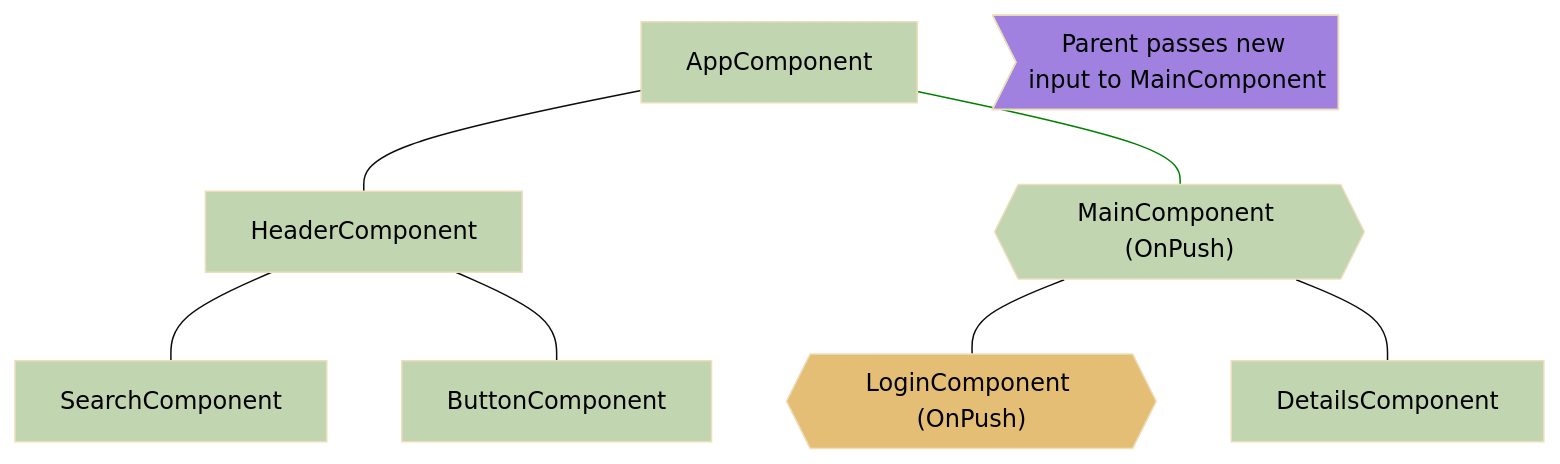
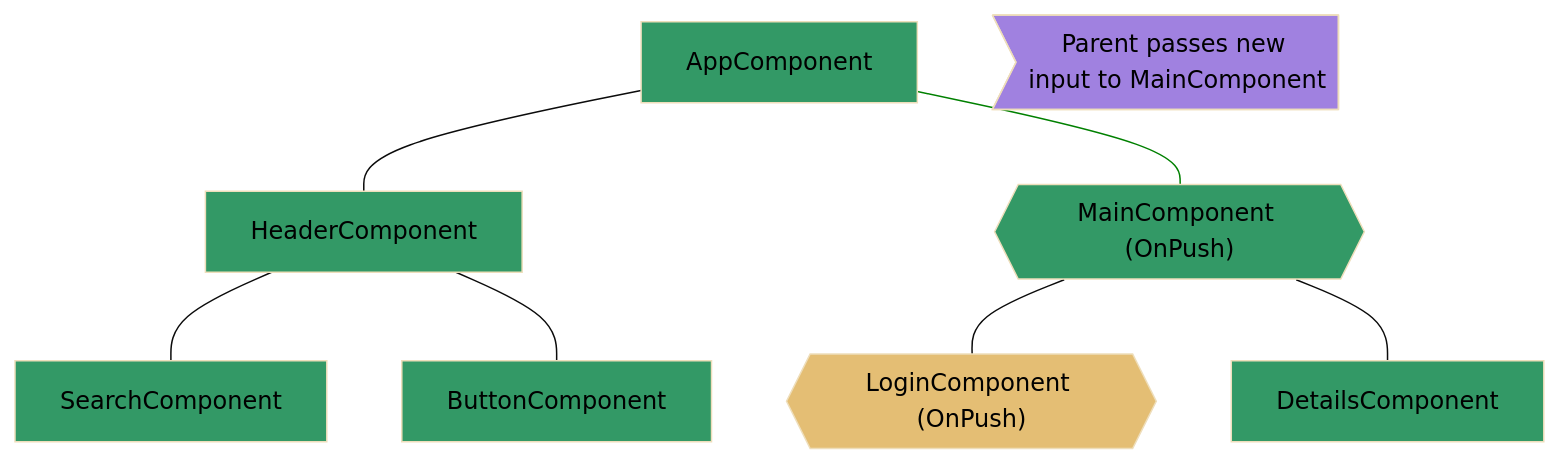
One commit to angular/angular changed the fourth of 4 diagrams in adev/src/content/best-practices/runtime-performance/skipping-subtrees.md. Above: the diagram before and after it, drawn with Mermaid (base theme). The commit also changed other lines of this file, not shown here.

````diff
--- a/adev/src/content/best-practices/runtime-performance/skipping-subtrees.md
+++ b/adev/src/content/best-practices/runtime-performance/skipping-subtrees.md
@@ -115,21 +115,21 @@
 ```mermaid
 graph TD;
     app[AppComponent] --- header[HeaderComponent];
     app --- main{{"MainComponent (OnPush)"}};
     header --- search[SearchComponent];
     header --- button[ButtonComponent];
     main --- login{{"LoginComponent (OnPush)"}};
     main --- details[DetailsComponent];
     event>Parent passes new input to MainComponent]
 
 style login fill:#E4BE74,color:#000
 style event fill:#A081E0, color:#000
 
 linkStyle 1 stroke:green
-style app fill:#C1D5B0,color:#000
-style header fill:#C1D5B0,color:#000
-style button fill:#C1D5B0,color:#000
-style search fill:#C1D5B0,color:#000
-style main fill:#C1D5B0,color:#000
-style details fill:#C1D5B0,color:#000
+style app fill:#339966,color:#000
+style header fill:#339966,color:#000
+style button fill:#339966,color:#000
+style search fill:#339966,color:#000
+style main fill:#339966,color:#000
+style details fill:#339966,color:#000
 ```
````
